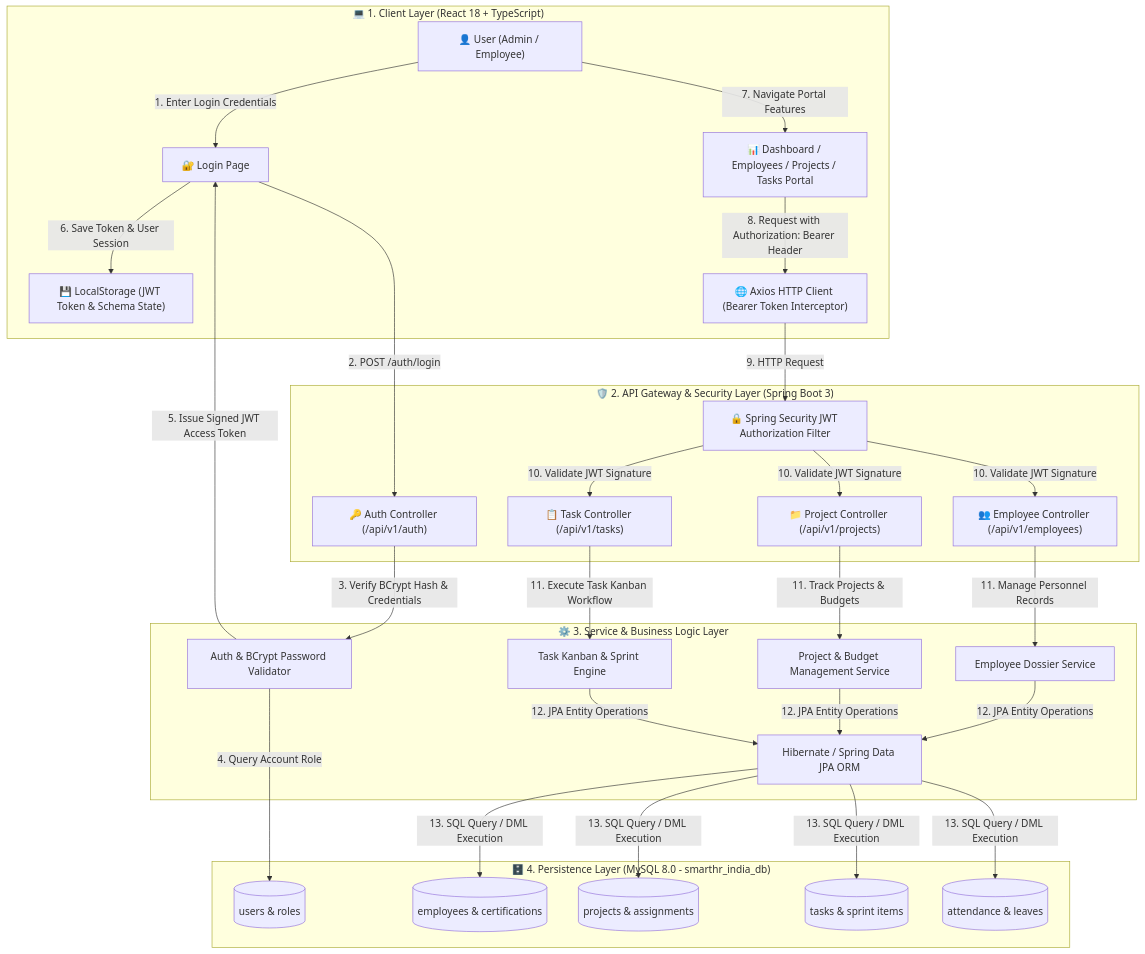
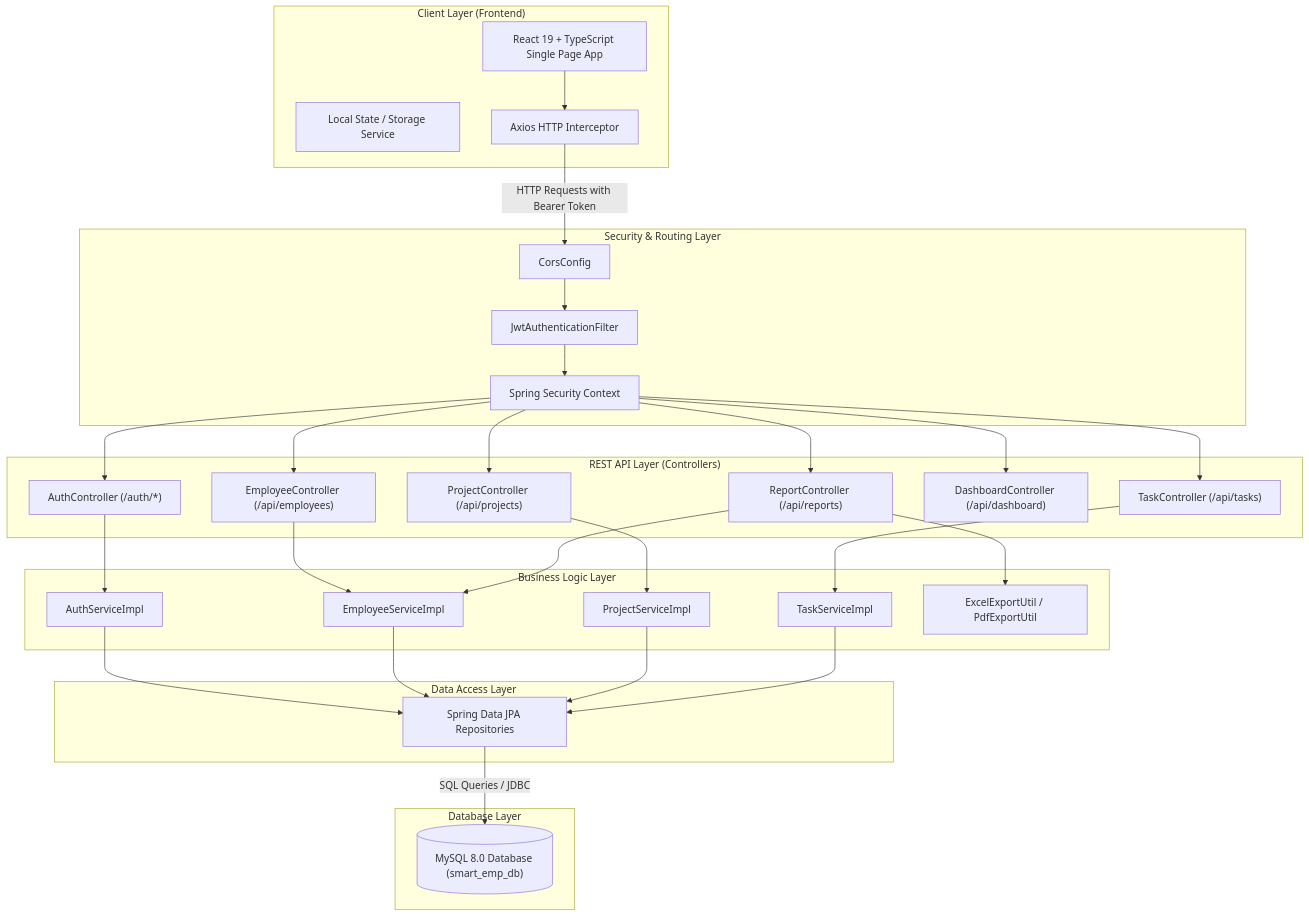
One commit to Sk-Jasmin/Smart-Employee-and-Project-Management-System changed the first of 2 diagrams in README.md. Above: the diagram before and after it, drawn with Mermaid. The commit also changed other lines of this file and 97 other files, not shown here.

````diff
--- a/README.md
+++ b/README.md
@@ -34,69 +186,64 @@
 ```mermaid
 graph TD
-    %% User & Client Layer
-    subgraph Client ["💻 1. Client Layer (React 18 + TypeScript)"]
-        User["👤 User (Admin / Employee)"]
-        LoginUI["🔐 Login Page"]
-        DashUI["📊 Dashboard / Employees / Projects / Tasks Portal"]
-        LocalStore["💾 LocalStorage (JWT Token & Schema State)"]
-        AxiosClient["🌐 Axios HTTP Client (Bearer Token Interceptor)"]
+    subgraph Client ["Client Layer (Frontend)"]
+        UI["React 19 + TypeScript Single Page App"]
+        State["Local State / Storage Service"]
+        AxiosClient["Axios HTTP Interceptor"]
     end
 
-    %% Security & API Gateway Layer
-    subgraph Gateway ["🛡️ 2. API Gateway & Security Layer (Spring Boot 3)"]
-        APIFilter["🔒 Spring Security JWT Authorization Filter"]
-        AuthController["🔑 Auth Controller (/api/v1/auth)"]
-        EmpController["👥 Employee Controller (/api/v1/employees)"]
-        ProjController["📁 Project Controller (/api/v1/projects)"]
-        TaskController["📋 Task Controller (/api/v1/tasks)"]
+    subgraph API Gateway ["Security & Routing Layer"]
+        CORS["CorsConfig"]
+        JwtFilter["JwtAuthenticationFilter"]
+        SecConfig["Spring Security Context"]
     end
 
-    %% Service & Business Logic Layer
-    subgraph Business ["⚙️ 3. Service & Business Logic Layer"]
-        AuthService["Auth & BCrypt Password Validator"]
-        EmpService["Employee Dossier Service"]
-        ProjService["Project & Budget Management Service"]
-        TaskService["Task Kanban & Sprint Engine"]
-        JPA["Hibernate / Spring Data JPA ORM"]
+    subgraph Controllers ["REST API Layer (Controllers)"]
+        AuthController["AuthController (/auth/*)"]
+        EmpController["EmployeeController (/api/employees)"]
+        ProjController["ProjectController (/api/projects)"]
+        TaskController["TaskController (/api/tasks)"]
+        DashController["DashboardController (/api/dashboard)"]
+        ReportController["ReportController (/api/reports)"]
     end
 
-    %% Database Layer
-    subgraph Database ["🗄️ 4. Persistence Layer (MySQL 8.0 - smarthr_india_db)"]
-        DB_Users[("users & roles")]
-        DB_Employees[("employees & certifications")]
-        DB_Projects[("projects & assignments")]
-        DB_Tasks[("tasks & sprint items")]
-        DB_Attendance[("attendance & leaves")]
+    subgraph Services ["Business Logic Layer"]
+        AuthService["AuthServiceImpl"]
+        EmpService["EmployeeServiceImpl"]
+        ProjService["ProjectServiceImpl"]
+        TaskService["TaskServiceImpl"]
+        ExportUtils["ExcelExportUtil / PdfExportUtil"]
     end
 
-    %% Authentication Flow
-    User -->|1. Enter Login Credentials| LoginUI
-    LoginUI -->|2. POST /auth/login| AuthController
-    AuthController -->|3. Verify BCrypt Hash & Credentials| AuthService
-    AuthService -->|4. Query Account Role| DB_Users
-    AuthService -->|5. Issue Signed JWT Access Token| LoginUI
-    LoginUI -->|6. Save Token & User Session| LocalStore
+    subgraph Persistence ["Data Access Layer"]
+        JPA["Spring Data JPA Repositories"]
+    end
 
-    %% Authorized API Flow
-    User -->|7. Navigate Portal Features| DashUI
-    DashUI -->|8. Request with Authorization: Bearer Header| AxiosClient
-    AxiosClient -->|9. HTTP Request| APIFilter
-    APIFilter -->|10. Validate JWT Signature| EmpController
-    APIFilter -->|10. Validate JWT Signature| ProjController
-    APIFilter -->|10. Validate JWT Signature| TaskController
+    subgraph Database ["Database Layer"]
+        MySQL[("MySQL 8.0 Database (smart_emp_db)")]
+    end
 
-    %% Controller to Service
-    EmpController -->|11. Manage Personnel Records| EmpService
-    ProjController -->|11. Track Projects & Budgets| ProjService
-    TaskController -->|11. Execute Task Kanban Workflow| TaskService
+    UI --> AxiosClient
+    AxiosClient -->|"HTTP Requests with Bearer Token"| CORS
+    CORS --> JwtFilter
+    JwtFilter --> SecConfig
+    SecConfig --> AuthController
+    SecConfig --> EmpController
+    SecConfig --> ProjController
+    SecConfig --> TaskController
+    SecConfig --> DashController
+    SecConfig --> ReportController
 
-    %% Service to ORM & Database
-    EmpService -->|12. JPA Entity Operations| JPA
-    ProjService -->|12. JPA Entity Operations| JPA
-    TaskService -->|12. JPA Entity Operations| JPA
+    AuthController --> AuthService
+    EmpController --> EmpService
+    ProjController --> ProjService
+    TaskController --> TaskService
+    ReportController --> ExportUtils
+    ReportController --> EmpService
 
-    JPA -->|13. SQL Query / DML Execution| DB_Employees
-    JPA -->|13. SQL Query / DML Execution| DB_Projects
-    JPA -->|13. SQL Query / DML Execution| DB_Tasks
-    JPA -->|13. SQL Query / DML Execution| DB_Attendance
+    AuthService --> JPA
+    EmpService --> JPA
+    ProjService --> JPA
+    TaskService --> JPA
+
+    JPA -->|"SQL Queries / JDBC"| MySQL
 ```
````
